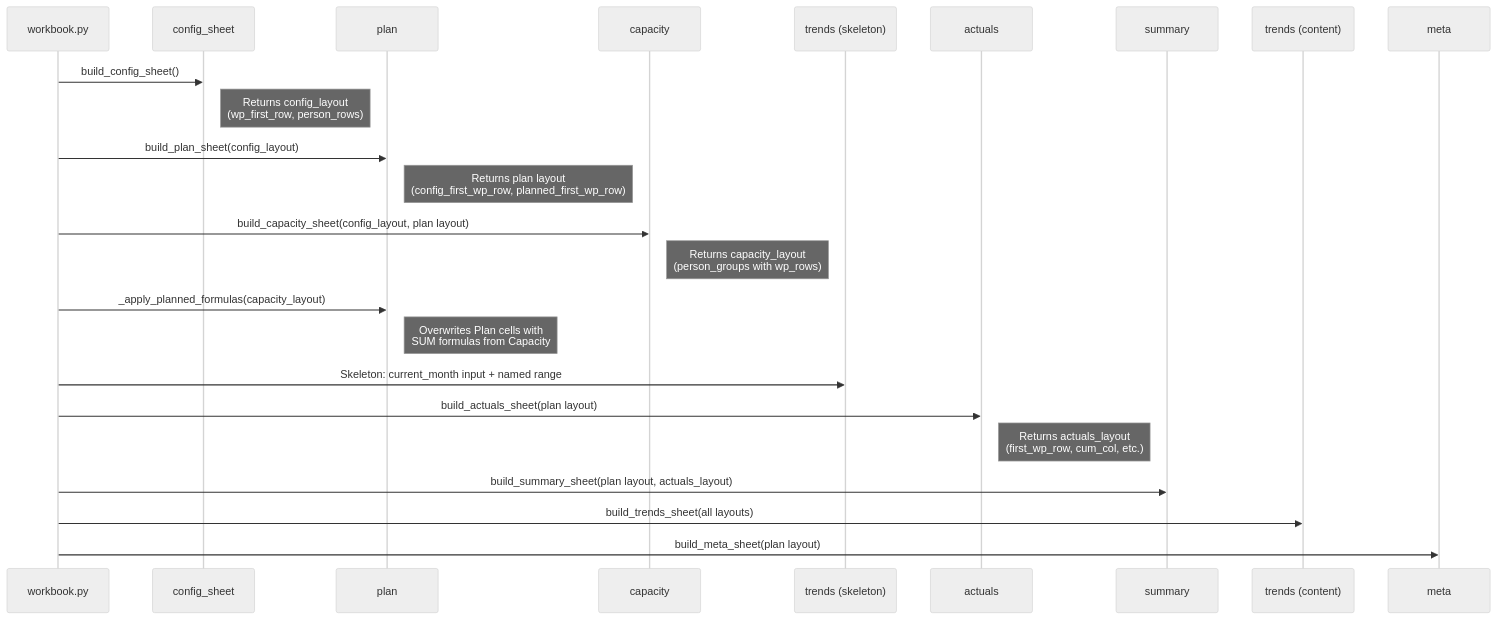
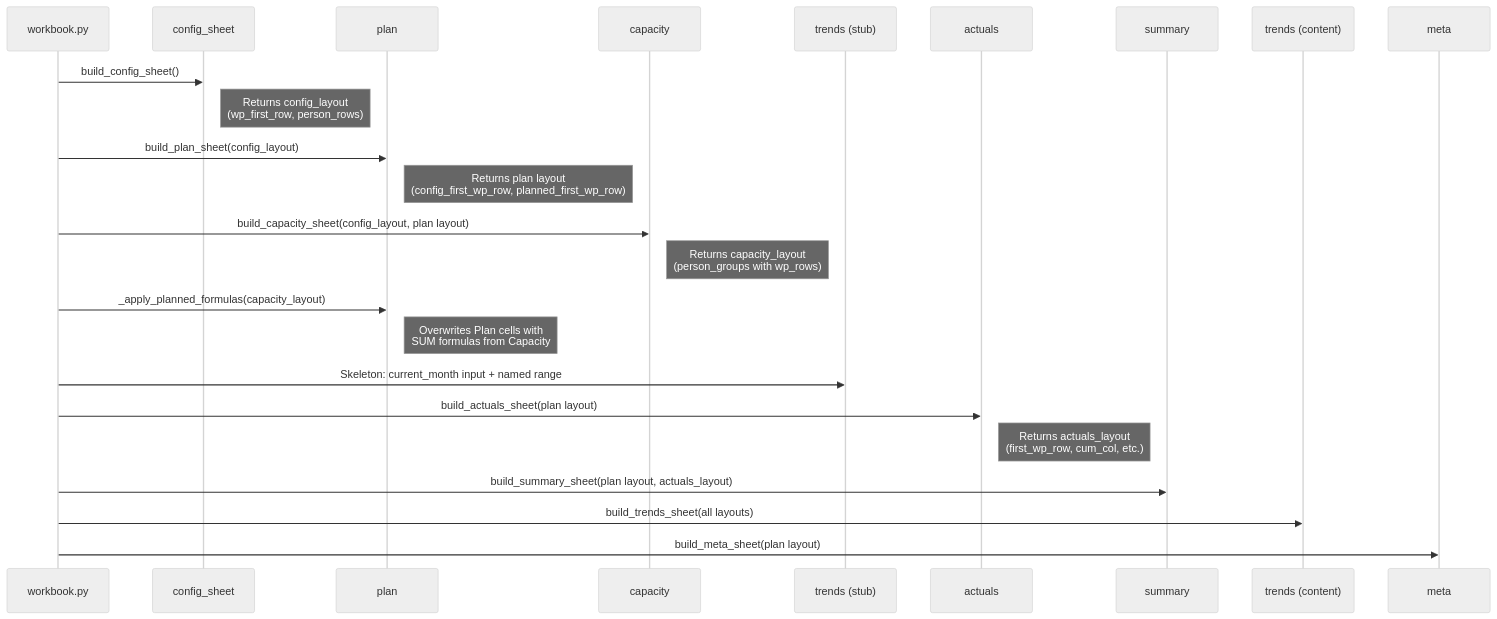
The third of 3 diagrams in docs/2. Architecture Overview.md (KristjanHS/budget-planner), drawn with Mermaid (neutral theme) before and after one commit. The commit also changed 3 other files, not shown here.

````diff
--- a/docs/2. Architecture Overview.md
+++ b/docs/2. Architecture Overview.md
@@ -70,35 +70,35 @@
 ```mermaid
 sequenceDiagram
   participant WB as workbook.py
   participant CS as config_sheet
   participant PL as plan
   participant CP as capacity
-  participant TR as trends (skeleton)
+  participant TR as trends (stub)
   participant AC as actuals
   participant SM as summary
   participant T2 as trends (content)
   participant MT as meta
 
   WB->>CS: build_config_sheet()
   Note right of CS: Returns config_layout<br/>(wp_first_row, person_rows)
 
   WB->>PL: build_plan_sheet(config_layout)
   Note right of PL: Returns plan layout<br/>(config_first_wp_row, planned_first_wp_row)
 
   WB->>CP: build_capacity_sheet(config_layout, plan layout)
   Note right of CP: Returns capacity_layout<br/>(person_groups with wp_rows)
 
   WB->>PL: _apply_planned_formulas(capacity_layout)
   Note right of PL: Overwrites Plan cells with<br/>SUM formulas from Capacity
 
   WB->>TR: Skeleton: current_month input + named range
 
   WB->>AC: build_actuals_sheet(plan layout)
   Note right of AC: Returns actuals_layout<br/>(first_wp_row, cum_col, etc.)
 
   WB->>SM: build_summary_sheet(plan layout, actuals_layout)
 
   WB->>T2: build_trends_sheet(all layouts)
 
   WB->>MT: build_meta_sheet(plan layout)
 ```
````
